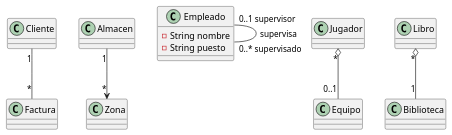
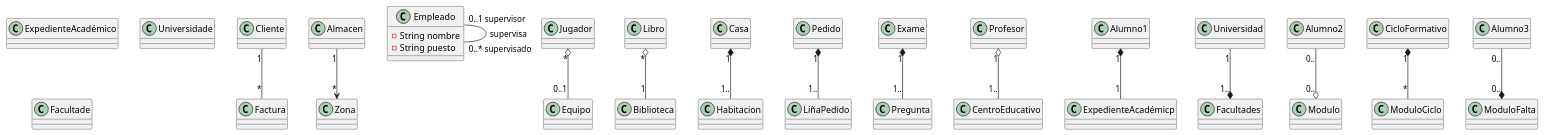
The diagram in src/ud4/plantUML/Cliente-Factura.plantuml (Ratajje/DAM1-25-26-ACZ), drawn with PlantUML before and after one commit. The commit also changed 16 other files, not shown here.

```diff
--- a/src/ud4/plantUML/Cliente-Factura.plantuml
+++ b/src/ud4/plantUML/Cliente-Factura.plantuml
@@ -1,25 +1,95 @@
 @startuml Cliente-FacturaZona-Alamcen
 class Cliente {}
 class Factura {}
 Cliente "1" -- "*" Factura
 
 class Zona {}
 class Almacen {}
 Almacen "1" --> "*" Zona
 
 class Empleado {
     - String nombre
     - String puesto
 }
 Empleado "0..1 supervisor" -- "0..* supervisado" Empleado: supervisa
 
+
+
+
 class Equipo {}
 class Jugador {}
 
 Jugador  "*" o-- "0..1" Equipo
 
+
 class Biblioteca {}
 class Libro {}
 
 Libro "*" o-- "1" Biblioteca
+
+
+
+class Casa {}
+class Habitacion {}
+Casa "1" *-- "1.." Habitacion 
+
+
+
+class Pedido {}
+class LiñaPedido {}
+Pedido "1" *-- "1.." LiñaPedido
+
+
+
+class Exame {}
+class Pregunta {}
+Exame "1" *-- "1.." Pregunta
+
+
+
+
+
+
+class CentroEducativo {}
+class Profesor {}
+
+Profesor "1" o-- "1.." CentroEducativo
+
+
+
+class Alumno1 {}
+class ExpedienteAcadémico {}
+
+Alumno1 "1" *-- "1" ExpedienteAcadémicp
+
+
+
+
+class Universidade {}
+class Facultade {}
+
+Universidad "1" --* "1.." Facultades
+
+
+
+class Alumno2 {}
+class Modulo {}
+
+Alumno2 "0.." --o "0.." Modulo
+
+
+
+class CicloFormativo {}
+class ModuloCiclo {}
+
+CicloFormativo "1" *-- "*" ModuloCiclo
+
+
+
+
+class Alumno3 {}
+class ModuloFalta {}
+
+Alumno3 "0.." --* "0.." ModuloFalta
+
 @enduml
```
